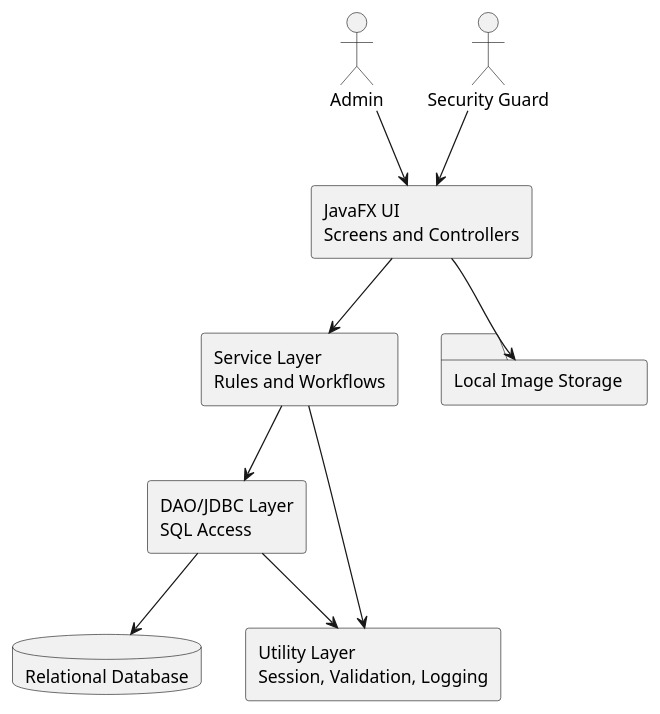
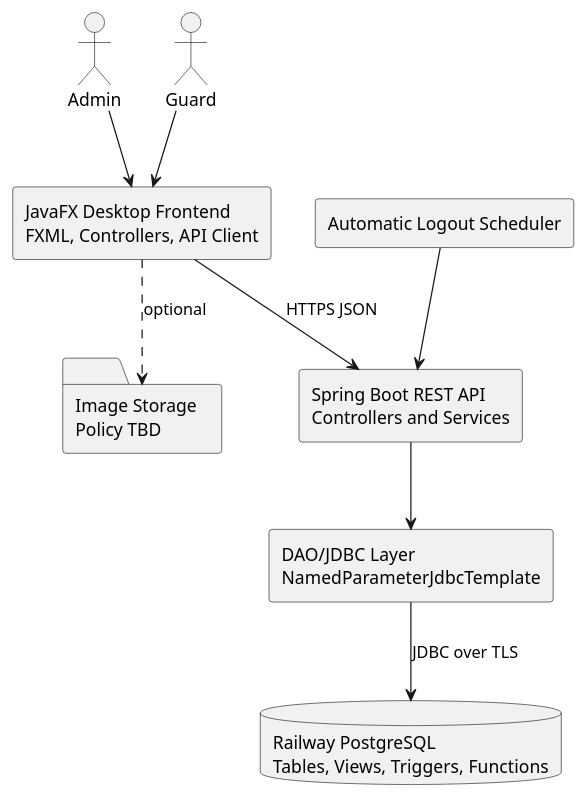
One commit to isnotfred/javafx-byod-client changed the diagram in docs/architecture/diagrams/plantuml/component-diagram.puml. Above: the diagram before and after it, drawn with PlantUML. The commit also changed other lines of this file and 55 other files, not shown here.

Commit message:
Update system analysis and architecture documentation

```diff
--- a/docs/architecture/diagrams/plantuml/component-diagram.puml
+++ b/docs/architecture/diagrams/plantuml/component-diagram.puml
@@ -1,22 +1,21 @@
 @startuml
 skinparam componentStyle rectangle
 
 actor "Admin" as Admin
-actor "Security Guard" as Guard
+actor "Guard" as Guard
 
-component "JavaFX UI\nScreens and Controllers" as UI
-component "Service Layer\nRules and Workflows" as Services
-component "DAO/JDBC Layer\nSQL Access" as DAO
-database "Relational Database" as DB
-folder "Local Image Storage" as Files
-component "Utility Layer\nSession, Validation, Logging" as Utils
+component "JavaFX Desktop Frontend\nFXML, Controllers, API Client" as Frontend
+component "Spring Boot REST API\nControllers and Services" as Backend
+component "DAO/JDBC Layer\nNamedParameterJdbcTemplate" as DAO
+database "Railway PostgreSQL\nTables, Views, Triggers, Functions" as DB
+component "Automatic Logout Scheduler" as Scheduler
+folder "Image Storage\nPolicy TBD" as Images
 
-Admin --> UI
-Guard --> UI
-UI --> Services
-Services --> DAO
-DAO --> DB
-UI --> Files
-Services --> Utils
-DAO --> Utils
+Admin --> Frontend
+Guard --> Frontend
+Frontend --> Backend : HTTPS JSON
+Backend --> DAO
+Scheduler --> Backend
+DAO --> DB : JDBC over TLS
+Frontend ..> Images : optional
 @enduml
```
